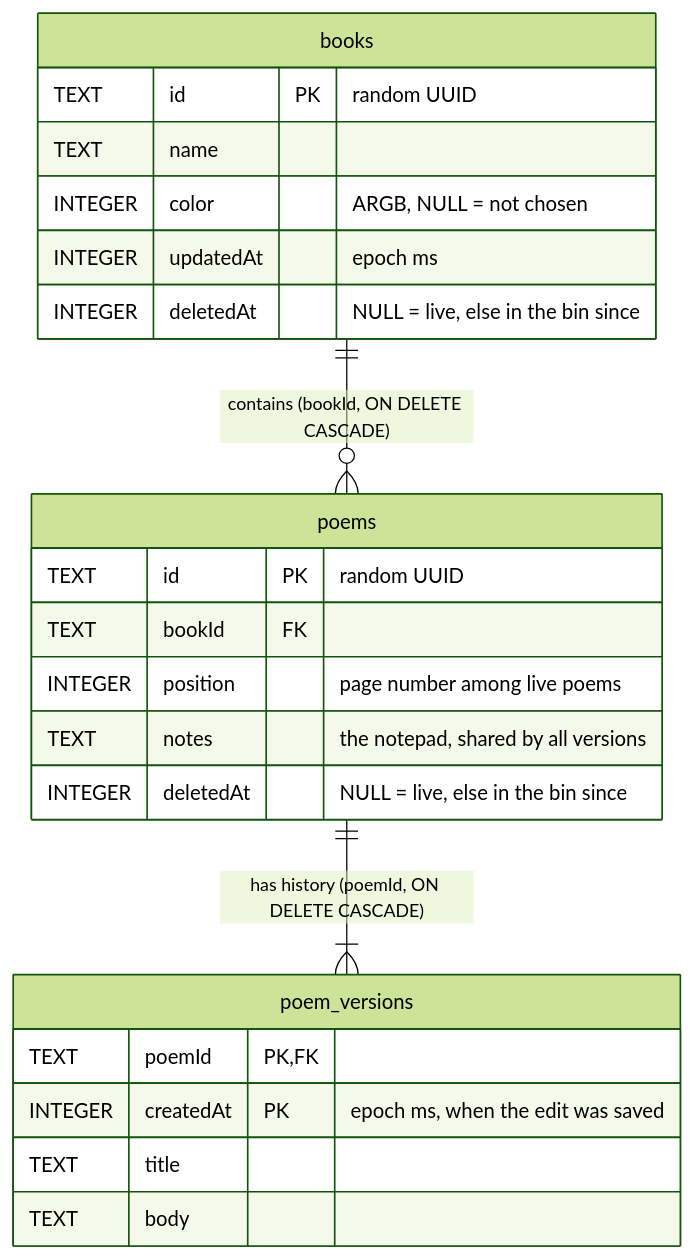
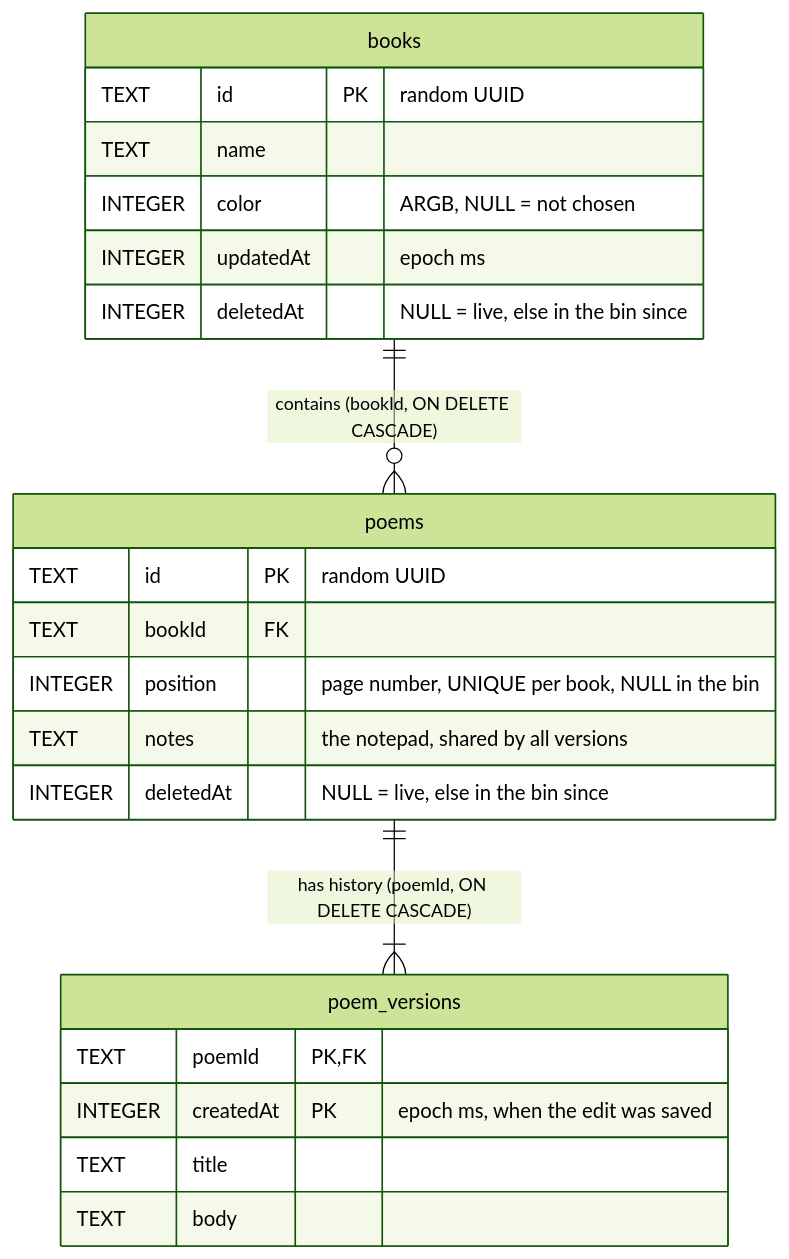
The diagram in docs/database.md (LukeNeedham/PoetryBook), drawn with Mermaid (forest theme) before and after one commit. The commit also changed other lines of this file and 4 other files, not shown here.

First line of the commit message:
Enforce unique page order; restore puts a poem at the end

````diff
--- a/docs/database.md
+++ b/docs/database.md
@@ -9,26 +9,26 @@
 ```mermaid
 erDiagram
     books ||--o{ poems : "contains (bookId, ON DELETE CASCADE)"
     poems ||--|{ poem_versions : "has history (poemId, ON DELETE CASCADE)"
 
     books {
         TEXT id PK "random UUID"
         TEXT name
         INTEGER color "ARGB, NULL = not chosen"
         INTEGER updatedAt "epoch ms"
         INTEGER deletedAt "NULL = live, else in the bin since"
     }
     poems {
         TEXT id PK "random UUID"
         TEXT bookId FK
-        INTEGER position "page number among live poems"
+        INTEGER position "page number, UNIQUE per book, NULL in the bin"
         TEXT notes "the notepad, shared by all versions"
         INTEGER deletedAt "NULL = live, else in the bin since"
     }
     poem_versions {
         TEXT poemId PK, FK
         INTEGER createdAt PK "epoch ms, when the edit was saved"
         TEXT title
         TEXT body
     }
 ```
````
